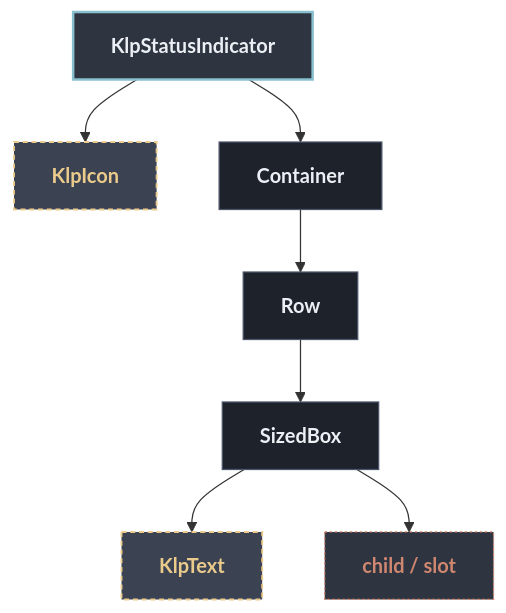
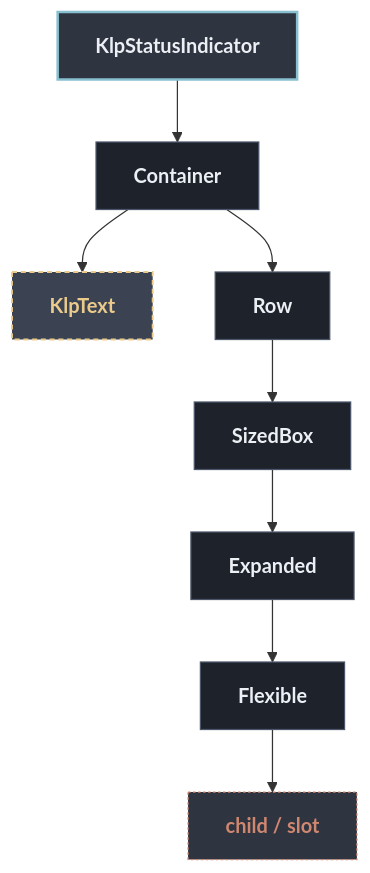
One commit to MiuDog/Kallopis changed the diagram in docs/architecture/components/feedback/klp_status_indicator.md. Above: the diagram before and after it, drawn with Mermaid. The commit also changed other lines of this file and 1105 other files, not shown here.

Commit message:
refactor: establish semantic design architecture

````diff
--- a/docs/architecture/components/feedback/klp_status_indicator.md
+++ b/docs/architecture/components/feedback/klp_status_indicator.md
@@ -13,22 +13,24 @@
 ```mermaid
 flowchart TD
   classDef default fill:#1E222B,stroke:#4C566A,stroke-width:1px,color:#ECEFF4;
   classDef root fill:#2E3440,stroke:#88C0D0,stroke-width:2px,color:#ECEFF4,font-weight:bold;
   classDef reference fill:#3B4252,stroke:#EBCB8B,stroke-width:1.5px,stroke-dasharray: 4 3,color:#EBCB8B;
   classDef container fill:#2E3440,stroke:#A3BE8C,stroke-width:1.5px,color:#A3BE8C;
   classDef slot fill:#2E3440,stroke:#D08770,stroke-width:1px,stroke-dasharray: 2 2,color:#D08770;
 
   root["KlpStatusIndicator"]:::root
-  n1["KlpIcon"]:::reference
+  n1["Container"]
   root --> n1
-  n2["Container"]
-  root --> n2
+  n2["KlpText"]:::reference
+  n1 --> n2
   n3["Row"]
-  n2 --> n3
+  n1 --> n3
   n4["SizedBox"]
   n3 --> n4
-  n5["KlpText"]:::reference
+  n5["Expanded"]
   n4 --> n5
-  n6["child / slot"]:::slot
-  n4 --> n6
+  n6["Flexible"]
+  n5 --> n6
+  n7["child / slot"]:::slot
+  n6 --> n7
 ```
````
